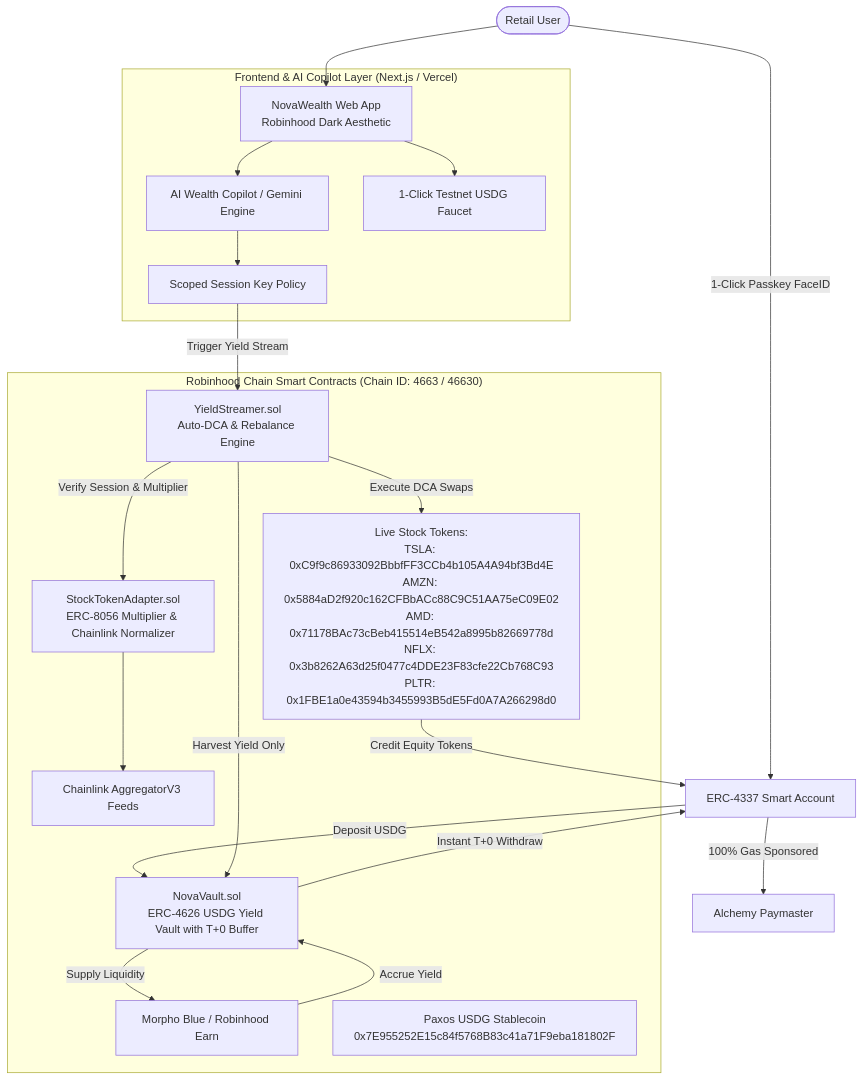
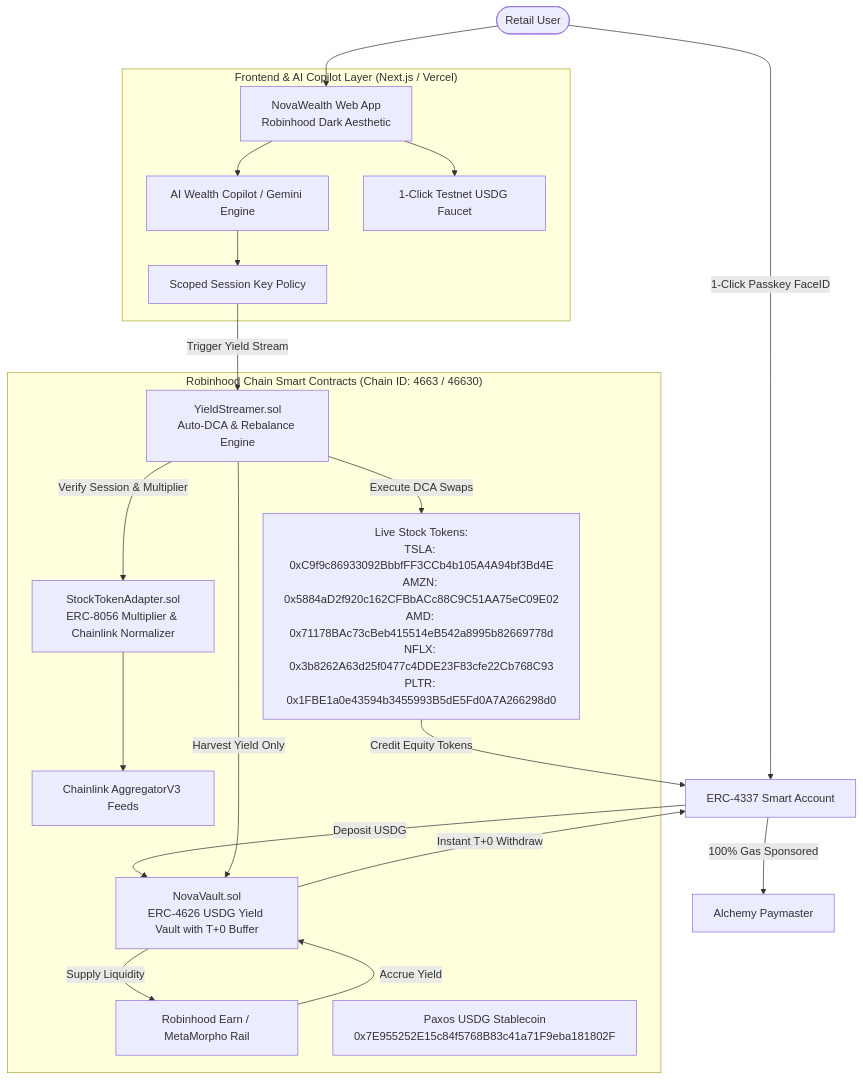
The diagram in BLUEPRINT.md (emarc99/vertex-prosperous), drawn with Mermaid before and after one commit. The commit also changed other lines of this file and 1 other file, not shown here.

Commit message:
docs: document live on-chain dca stream and metamorpho architecture

````diff
--- a/BLUEPRINT.md
+++ b/BLUEPRINT.md
@@ -29,40 +29,40 @@
 ```mermaid
 graph TD
     User([Retail User]) -->|1-Click Passkey FaceID| AA[ERC-4337 Smart Account]
     AA -->|100% Gas Sponsored| Paymaster[Alchemy Paymaster]
     
     subgraph "Frontend & AI Copilot Layer (Next.js / Vercel)"
         UI[NovaWealth Web App<br/>Robinhood Dark Aesthetic]
         Copilot[AI Wealth Copilot / Gemini Engine]
         SessionKey[Scoped Session Key Policy]
         Faucet[1-Click Testnet USDG Faucet]
     end
     
     User --> UI
     UI --> Copilot
     Copilot --> SessionKey
     UI --> Faucet
     
     subgraph "Robinhood Chain Smart Contracts (Chain ID: 4663 / 46630)"
         NovaVault[NovaVault.sol<br/>ERC-4626 USDG Yield Vault with T+0 Buffer]
         YieldStreamer[YieldStreamer.sol<br/>Auto-DCA & Rebalance Engine]
         StockAdapter[StockTokenAdapter.sol<br/>ERC-8056 Multiplier & Chainlink Normalizer]
         
-        Morpho[Morpho Blue / Robinhood Earn]
+        Morpho[Robinhood Earn / MetaMorpho Rail]
         USDG[Paxos USDG Stablecoin<br/>0x7E955252E15c84f5768B83c41a71F9eba181802F]
         StockTokens[Live Stock Tokens:<br/>TSLA: 0xC9f9c86933092BbbfFF3CCb4b105A4A94bf3Bd4E<br/>AMZN: 0x5884aD2f920c162CFBbACc88C9C51AA75eC09E02<br/>AMD: 0x71178BAc73cBeb415514eB542a8995b82669778d<br/>NFLX: 0x3b8262A63d25f0477c4DDE23F83cfe22Cb768C93<br/>PLTR: 0x1FBE1a0e43594b3455993B5dE5Fd0A7A266298d0]
         Chainlink[Chainlink AggregatorV3 Feeds]
     end
     
     AA -->|Deposit USDG| NovaVault
     NovaVault -->|Supply Liquidity| Morpho
     Morpho -->|Accrue Yield| NovaVault
     NovaVault -->|Instant T+0 Withdraw| AA
     
     SessionKey -->|Trigger Yield Stream| YieldStreamer
     YieldStreamer -->|Harvest Yield Only| NovaVault
     YieldStreamer -->|Verify Session & Multiplier| StockAdapter
     StockAdapter --> Chainlink
     YieldStreamer -->|Execute DCA Swaps| StockTokens
     StockTokens -->|Credit Equity Tokens| AA
 ```
````
